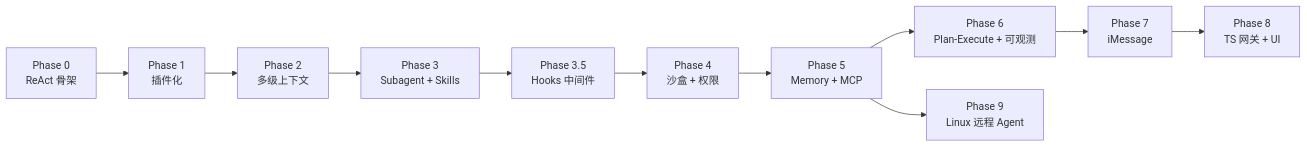
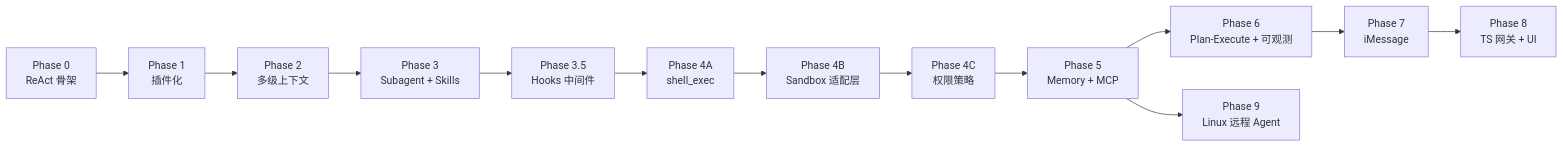
One commit to eastoc/CathyAgent changed the diagram in ROADMAP.md. Above: the diagram before and after it, drawn with Mermaid. The commit also changed other lines of this file and 20 other files, not shown here.

````diff
--- a/ROADMAP.md
+++ b/ROADMAP.md
@@ -330,13 +367,15 @@
 ```mermaid
 flowchart LR
   P0[Phase 0<br/>ReAct 骨架] --> P1[Phase 1<br/>插件化]
   P1 --> P2[Phase 2<br/>多级上下文]
   P2 --> P3[Phase 3<br/>Subagent + Skills]
   P3 --> P35[Phase 3.5<br/>Hooks 中间件]
-  P35 --> P4[Phase 4<br/>沙盒 + 权限]
-  P4 --> P5[Phase 5<br/>Memory + MCP]
+  P35 --> P4A[Phase 4A<br/>shell_exec]
+  P4A --> P4B[Phase 4B<br/>Sandbox 适配层]
+  P4B --> P4C[Phase 4C<br/>权限策略]
+  P4C --> P5[Phase 5<br/>Memory + MCP]
   P5 --> P6[Phase 6<br/>Plan-Execute + 可观测]
   P6 --> P7[Phase 7<br/>iMessage]
   P7 --> P8[Phase 8<br/>TS 网关 + UI]
   P5 --> P9[Phase 9<br/>Linux 远程 Agent]
 ```
````
